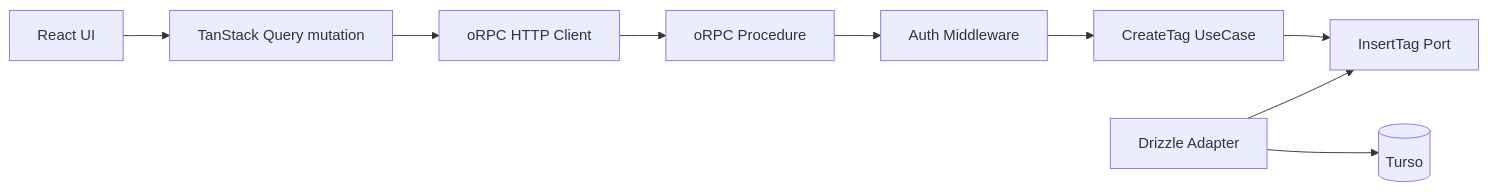
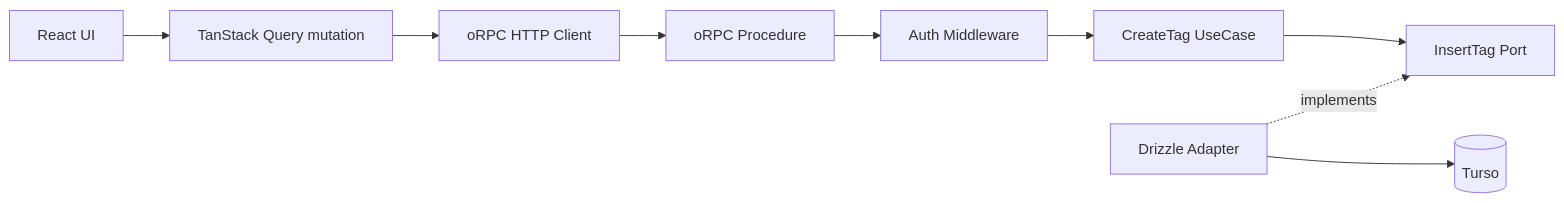
One commit to koralle/pantry changed the diagram in docs/superpowers/specs/2026-08-22-application-architecture-evolution-design.md. Above: the diagram before and after it, drawn with Mermaid. The commit also changed other lines of this file, not shown here.

````diff
--- a/docs/superpowers/specs/2026-08-22-application-architecture-evolution-design.md
+++ b/docs/superpowers/specs/2026-08-22-application-architecture-evolution-design.md
@@ -46,16 +58,16 @@
 ```mermaid
 flowchart LR
   UI[React UI]
   TQ[TanStack Query mutation]
   CLIENT[oRPC HTTP Client]
   RPC[oRPC Procedure]
   AUTH[Auth Middleware]
   UC[CreateTag UseCase]
   PORT[InsertTag Port]
   ADAPTER[Drizzle Adapter]
   DB[(Turso)]
 
   UI --> TQ --> CLIENT --> RPC --> AUTH --> UC --> PORT
-  ADAPTER --> PORT
+  ADAPTER -. implements .-> PORT
   ADAPTER --> DB
 ```
````
